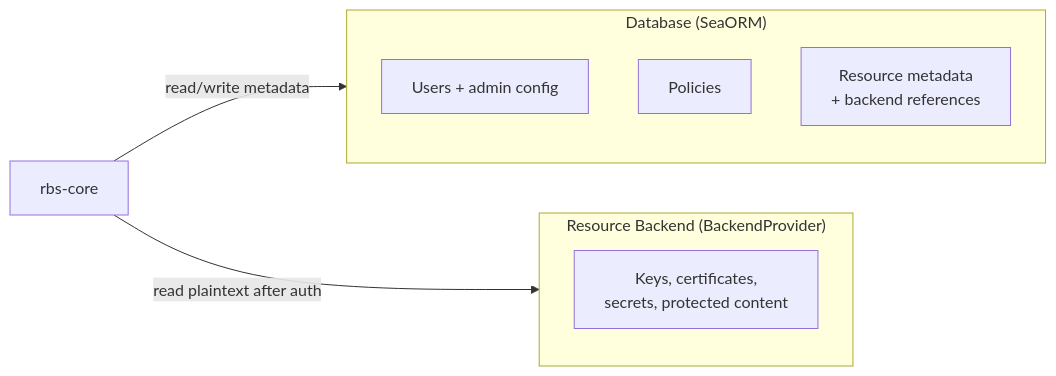
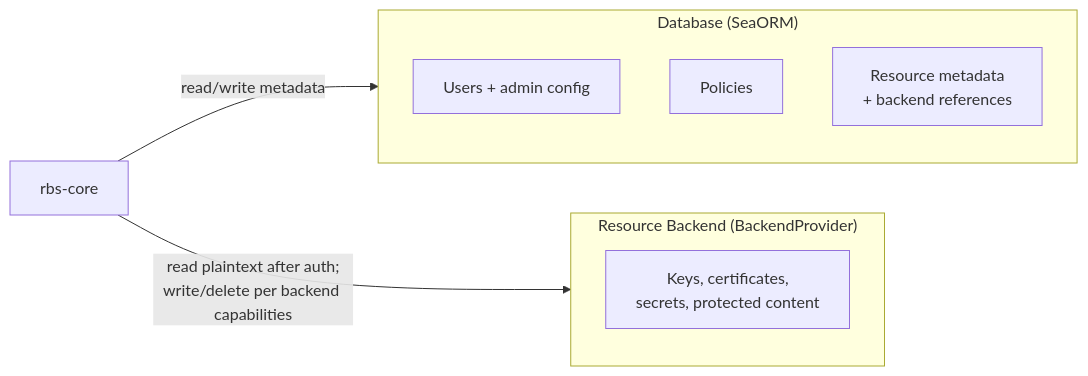
Before and after one commit to openeuler-mirror/globaltrustauthority-rbs: diagram 13 of 19 in docs/design/architecture.md, drawn with Mermaid. The commit also changed other lines of this file and 24 other files, not shown here.

````diff
--- a/docs/design/architecture.md
+++ b/docs/design/architecture.md
@@ -564,15 +564,15 @@
 ```mermaid
 flowchart LR
     subgraph db_zone ["Database (SeaORM)"]
         Users["Users + admin config"]
         Policies["Policies"]
         Meta["Resource metadata<br/>+ backend references"]
     end
 
     subgraph backend_zone ["Resource Backend (BackendProvider)"]
         Secrets["Keys, certificates,<br/>secrets, protected content"]
     end
 
     Core["rbs-core"] -->|"read/write metadata"| db_zone
-    Core -->|"read plaintext after auth"| backend_zone
+    Core -->|"read plaintext after auth#59;<br/>write/delete per backend capabilities"| backend_zone
 ```
````
